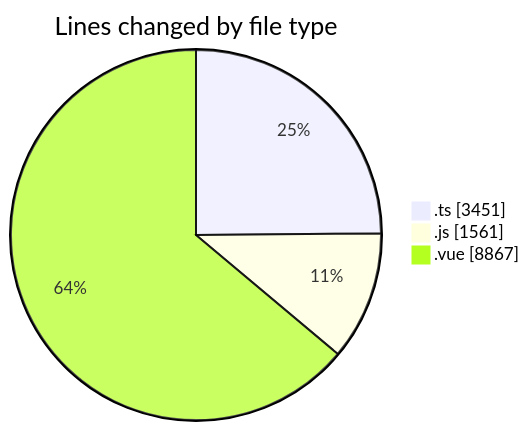
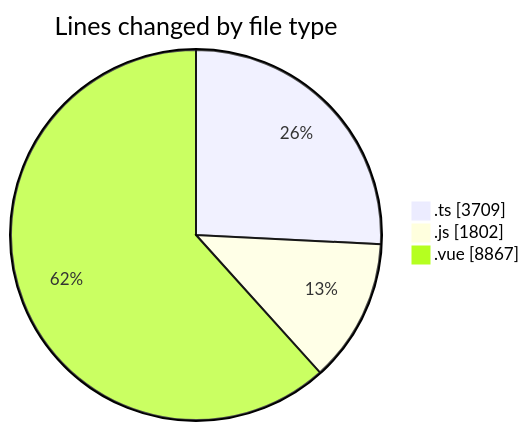
Before and after one commit to lephambinh05/code-tracking: the first of 2 diagrams in 2025-08-16/rentotp/README.md, drawn with Mermaid. The commit also changed other lines of this file and 1 other file, not shown here.

````diff
--- a/2025-08-16/rentotp/README.md
+++ b/2025-08-16/rentotp/README.md
@@ -58,7 +59,7 @@
 ```mermaid
 pie showData
 title Lines changed by file type
-".ts" : 3451
-".js" : 1561
+".ts" : 3709
+".js" : 1802
 ".vue" : 8867
 ```
````
